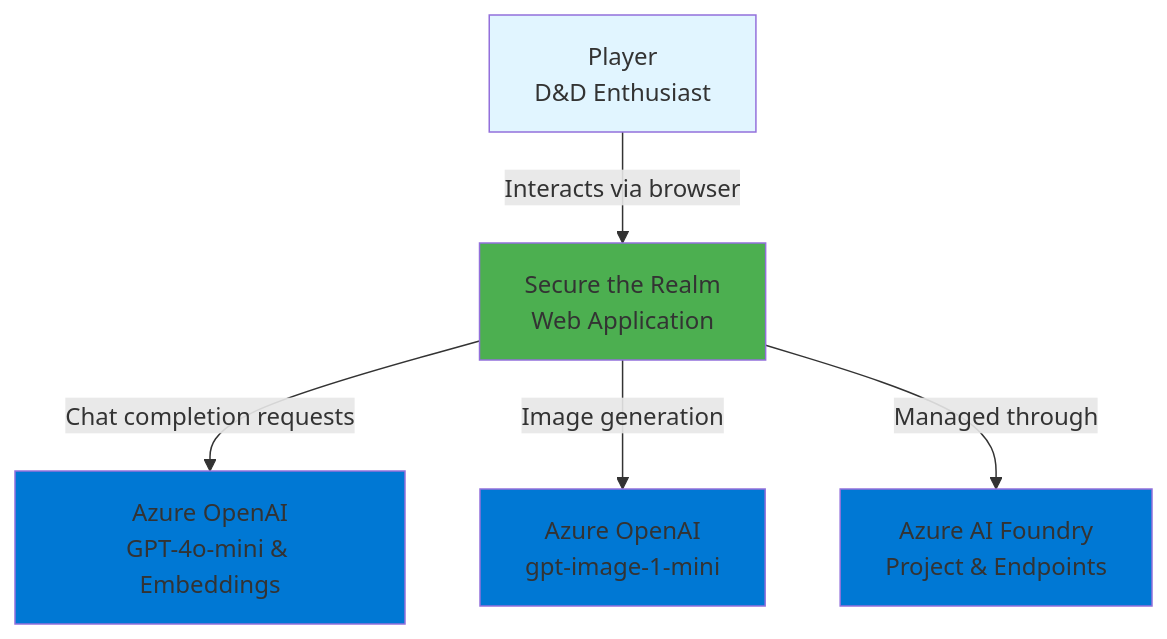
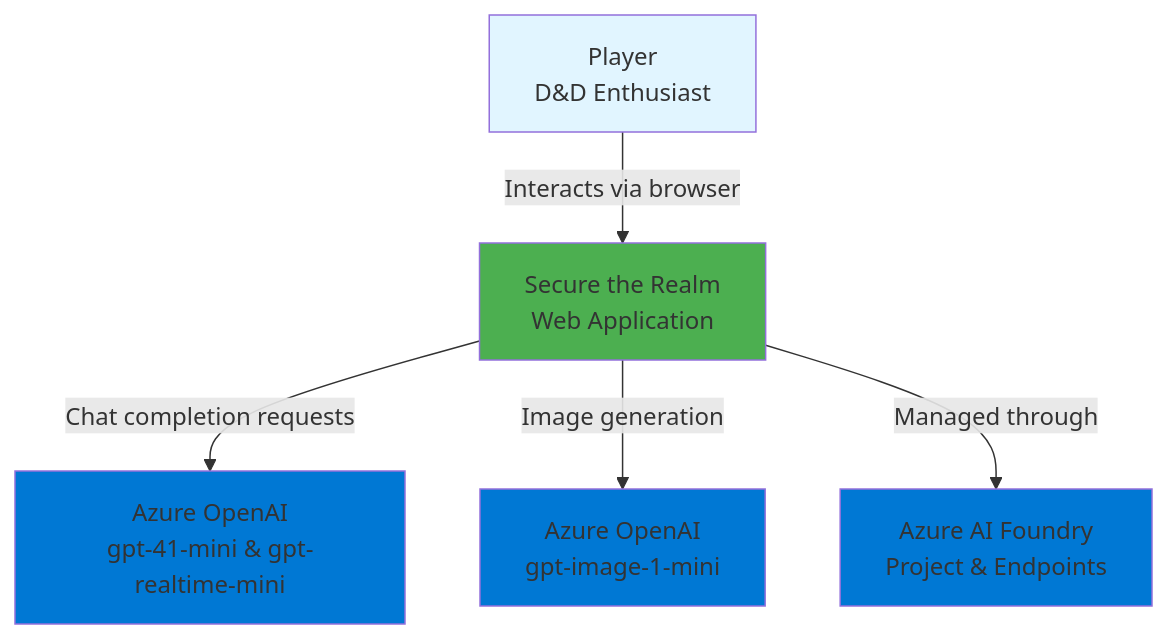
The first of 16 diagrams in docs/architecture.md (SecuringTheRealm/str-agentic-adventures), drawn with Mermaid before and after one commit. The commit also changed other lines of this file and 113 other files, not shown here.

````diff
--- a/docs/architecture.md
+++ b/docs/architecture.md
@@ -59,19 +59,19 @@
 ```mermaid
 graph TB
     Player[Player<br/>D&D Enthusiast]
     WebApp[Secure the Realm<br/>Web Application]
-    AzureOpenAI[Azure OpenAI<br/>GPT-4o-mini & Embeddings]
+    AzureOpenAI[Azure OpenAI<br/>gpt-41-mini & gpt-realtime-mini]
     DallE[Azure OpenAI<br/>gpt-image-1-mini]
     AzureAI[Azure AI Foundry<br/>Project & Endpoints]
 
     Player -->|Interacts via browser| WebApp
     WebApp -->|Chat completion requests| AzureOpenAI
     WebApp -->|Image generation| DallE
     WebApp -->|Managed through| AzureAI
 
     style Player fill:#e1f5ff
     style WebApp fill:#4CAF50
     style AzureOpenAI fill:#0078D4
     style DallE fill:#0078D4
     style AzureAI fill:#0078D4
 ```
````
